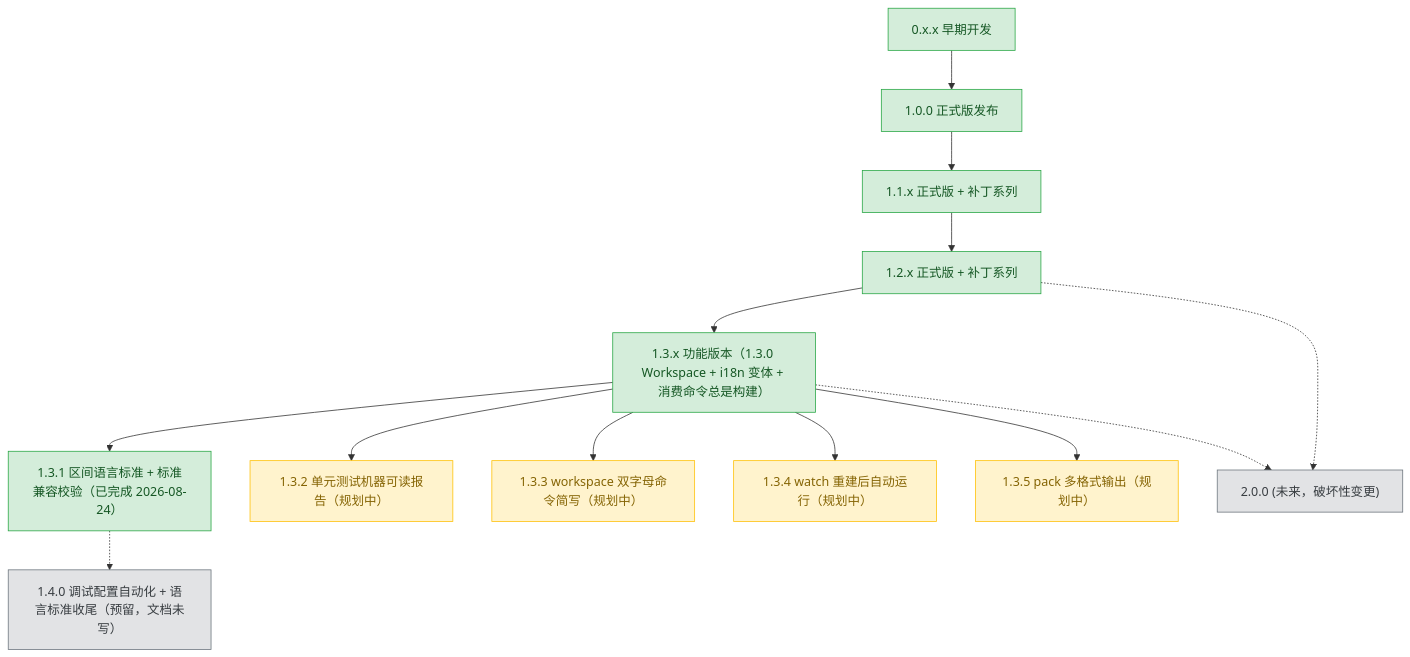
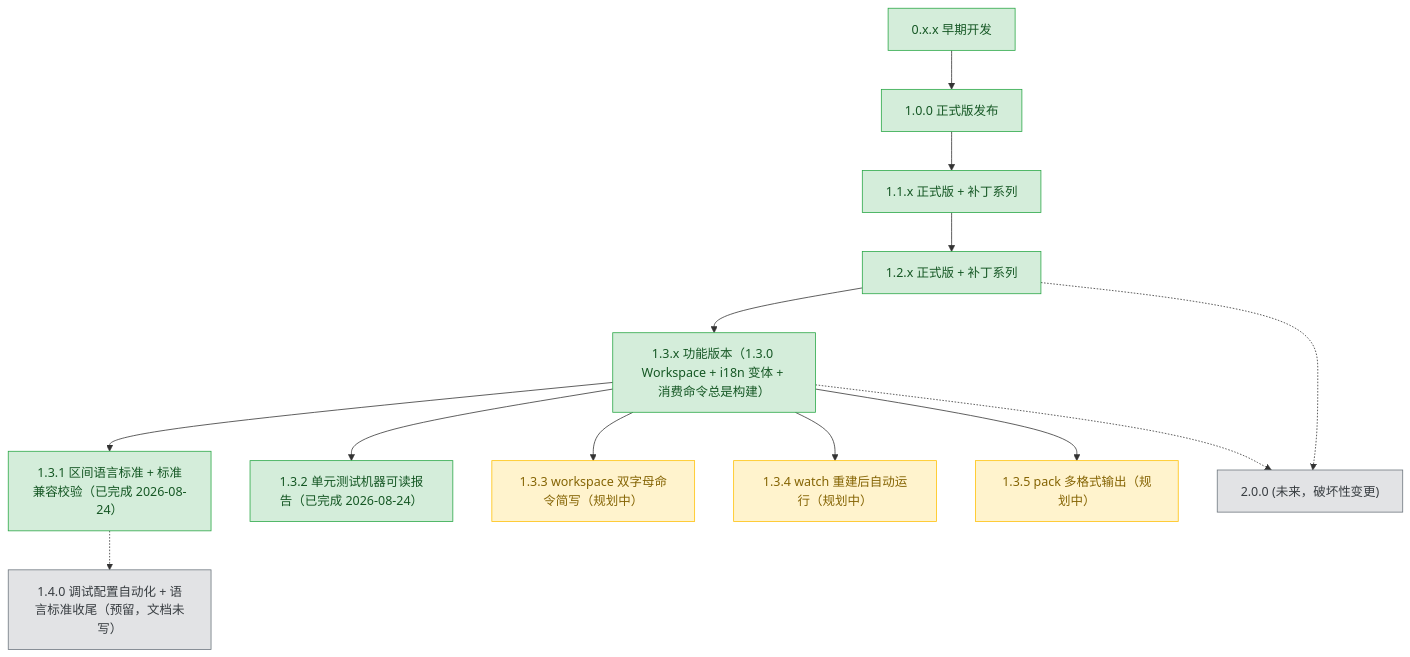
The diagram in plans/README.md (3667808244/EazyMake), drawn with Mermaid before and after one commit. The commit also changed other lines of this file and 5 other files, not shown here.

````diff
--- a/plans/README.md
+++ b/plans/README.md
@@ -65,44 +64,44 @@
 ```mermaid
 graph TD
     v0xx["0.x.x 早期开发"]
     v100["1.0.0 正式版发布"]
     v11x["1.1.x 正式版 + 补丁系列"]
     v12x["1.2.x 正式版 + 补丁系列"]
     v13x["1.3.x 功能版本（1.3.0 Workspace + i18n 变体 + 消费命令总是构建）"]
     v131["1.3.1 区间语言标准 + 标准兼容校验（已完成 2026-08-24）"]
-    v132["1.3.2 单元测试机器可读报告（规划中）"]
+    v132["1.3.2 单元测试机器可读报告（已完成 2026-08-24）"]
     v133["1.3.3 workspace 双字母命令简写（规划中）"]
     v134["1.3.4 watch 重建后自动运行（规划中）"]
     v135["1.3.5 pack 多格式输出（规划中）"]
     v140["1.4.0 调试配置自动化 + 语言标准收尾（预留，文档未写）"]
     v200["2.0.0 (未来，破坏性变更)"]
 
     v0xx --> v100
     v100 --> v11x
     v11x --> v12x
     v12x --> v13x
     v13x --> v131
     v13x --> v132
     v13x --> v133
     v13x --> v134
     v13x --> v135
     v131 -.-> v140
     v12x -.-> v200
     v13x -.-> v200
 
     classDef done fill:#d4edda,stroke:#28a745,color:#155724;
     classDef active fill:#fff3cd,stroke:#ffc107,color:#856404;
     classDef todo fill:#e2e3e5,stroke:#6c757d,color:#383d41;
 
     class v0xx,v100 done;
     class v11x done;
     class v12x done;
     class v13x done;
     class v131 done;
-    class v132 active;
+    class v132 done;
     class v133 active;
     class v134 active;
     class v135 active;
     class v140 todo;
     class v200 todo;
 ```
````
